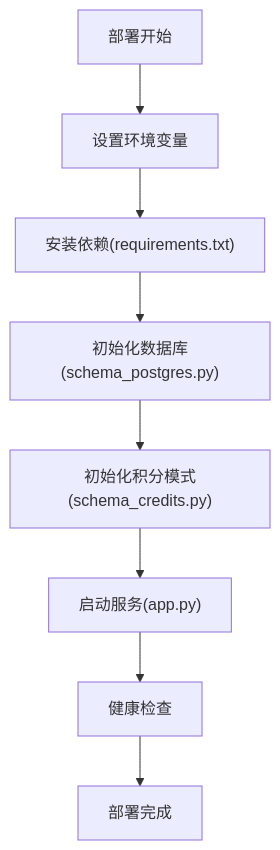
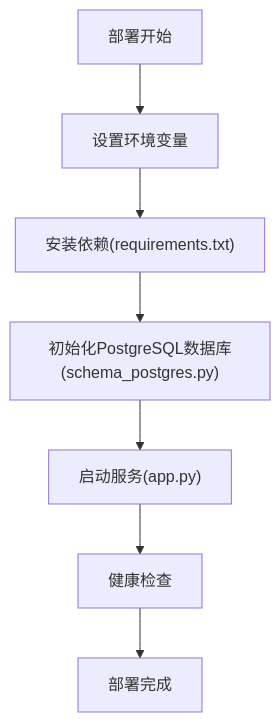
The seventh of 14 diagrams in .qoder/repowiki/zh/content/部署运维.md (abokyoy/LectureLearnLoop), drawn with Mermaid before and after one commit. The commit also changed other lines of this file and 91 other files, not shown here.

````diff
--- a/.qoder/repowiki/zh/content/部署运维.md
+++ b/.qoder/repowiki/zh/content/部署运维.md
@@ -289,10 +246,9 @@
 ```mermaid
 flowchart TD
 DeployStart["部署开始"] --> SetEnv["设置环境变量"]
 SetEnv --> InstallDeps["安装依赖(requirements.txt)"]
-InstallDeps --> InitDB["初始化数据库(schema_postgres.py)"]
-InitDB --> InitCredits["初始化积分模式(schema_credits.py)"]
-InitCredits --> StartService["启动服务(app.py)"]
+InstallDeps --> InitPG["初始化PostgreSQL数据库(schema_postgres.py)"]
+InitPG --> StartService["启动服务(app.py)"]
 StartService --> HealthCheck["健康检查"]
 HealthCheck --> Done["部署完成"]
 ```
````
